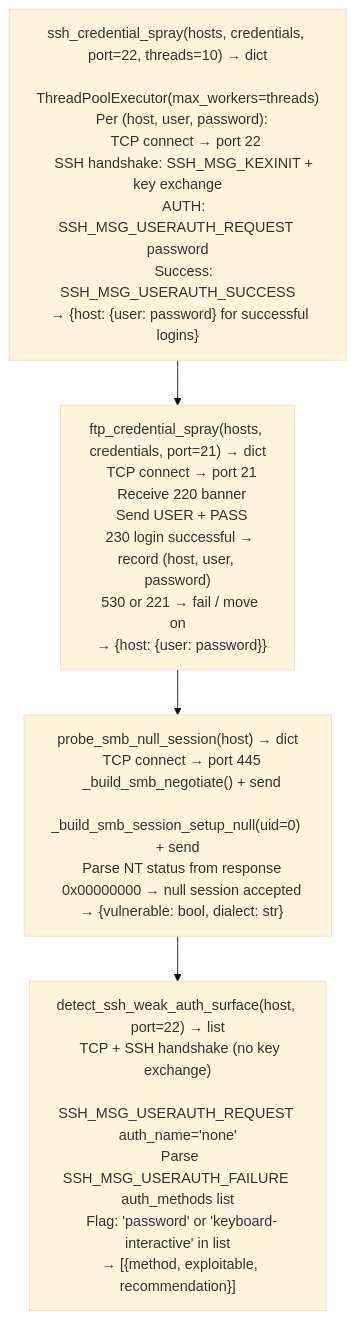
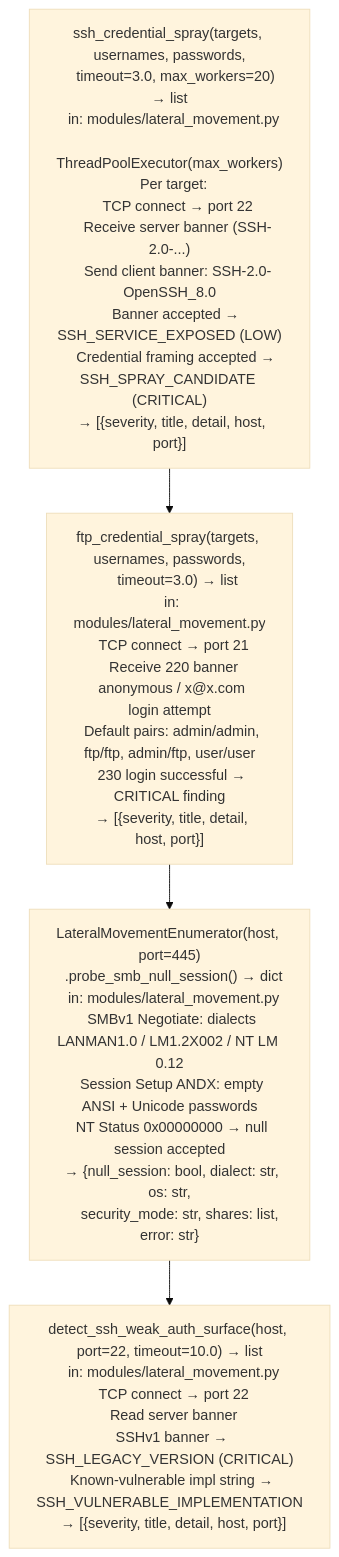
The diagram in docs/reference-modules/credential-testing-helpers.md (Ablation-Tool/ablation), drawn with Mermaid (base theme) before and after one commit. The commit also changed other lines of this file and 16 other files, not shown here.

````diff
--- a/docs/reference-modules/credential-testing-helpers.md
+++ b/docs/reference-modules/credential-testing-helpers.md
@@ -19,6 +19,6 @@
 ```mermaid
 flowchart TD
-    A["ssh_credential_spray(hosts, credentials, port=22, threads=10) → dict\n  ThreadPoolExecutor(max_workers=threads)\n  Per (host, user, password):\n    TCP connect → port 22\n    SSH handshake: SSH_MSG_KEXINIT + key exchange\n    AUTH: SSH_MSG_USERAUTH_REQUEST password\n    Success: SSH_MSG_USERAUTH_SUCCESS\n  → {host: {user: password} for successful logins}"] --> B["ftp_credential_spray(hosts, credentials, port=21) → dict\n  TCP connect → port 21\n  Receive 220 banner\n  Send USER + PASS\n  230 login successful → record (host, user, password)\n  530 or 221 → fail / move on\n  → {host: {user: password}}"]
-    B --> C["probe_smb_null_session(host) → dict\n  TCP connect → port 445\n  _build_smb_negotiate() + send\n  _build_smb_session_setup_null(uid=0) + send\n  Parse NT status from response\n  0x00000000 → null session accepted\n  → {vulnerable: bool, dialect: str}"]
-    C --> D["detect_ssh_weak_auth_surface(host, port=22) → list\n  TCP + SSH handshake (no key exchange)\n  SSH_MSG_USERAUTH_REQUEST auth_name='none'\n  Parse SSH_MSG_USERAUTH_FAILURE auth_methods list\n  Flag: 'password' or 'keyboard-interactive' in list\n  → [{method, exploitable, recommendation}]"]
+    A["ssh_credential_spray(targets, usernames, passwords,\n    timeout=3.0, max_workers=20) → list\n  in: modules/lateral_movement.py\n  ThreadPoolExecutor(max_workers)\n  Per target:\n    TCP connect → port 22\n    Receive server banner (SSH-2.0-...)\n    Send client banner: SSH-2.0-OpenSSH_8.0\n    Banner accepted → SSH_SERVICE_EXPOSED (LOW)\n    Credential framing accepted → SSH_SPRAY_CANDIDATE (CRITICAL)\n  → [{severity, title, detail, host, port}]"] --> B["ftp_credential_spray(targets, usernames, passwords,\n    timeout=3.0) → list\n  in: modules/lateral_movement.py\n  TCP connect → port 21\n  Receive 220 banner\n  anonymous / x@x.com login attempt\n  Default pairs: admin/admin, ftp/ftp, admin/ftp, user/user\n  230 login successful → CRITICAL finding\n  → [{severity, title, detail, host, port}]"]
+    B --> C["LateralMovementEnumerator(host, port=445)\n  .probe_smb_null_session() → dict\n  in: modules/lateral_movement.py\n  SMBv1 Negotiate: dialects LANMAN1.0 / LM1.2X002 / NT LM 0.12\n  Session Setup ANDX: empty ANSI + Unicode passwords\n  NT Status 0x00000000 → null session accepted\n  → {null_session: bool, dialect: str, os: str,\n      security_mode: str, shares: list, error: str}"]
+    C --> D["detect_ssh_weak_auth_surface(host, port=22, timeout=10.0) → list\n  in: modules/lateral_movement.py\n  TCP connect → port 22\n  Read server banner\n  SSHv1 banner → SSH_LEGACY_VERSION (CRITICAL)\n  Known-vulnerable impl string → SSH_VULNERABLE_IMPLEMENTATION\n  → [{severity, title, detail, host, port}]"]
 ```
````
